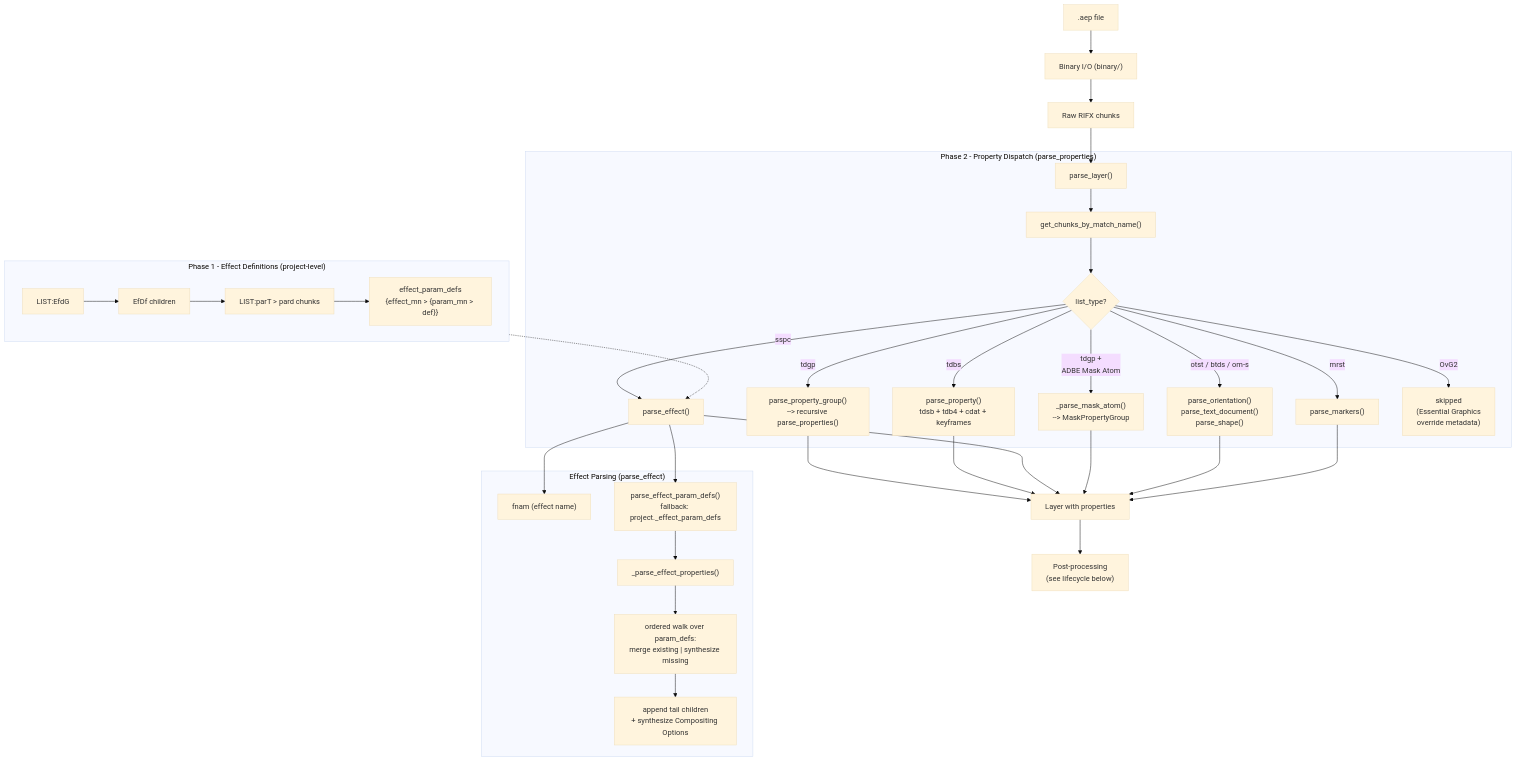
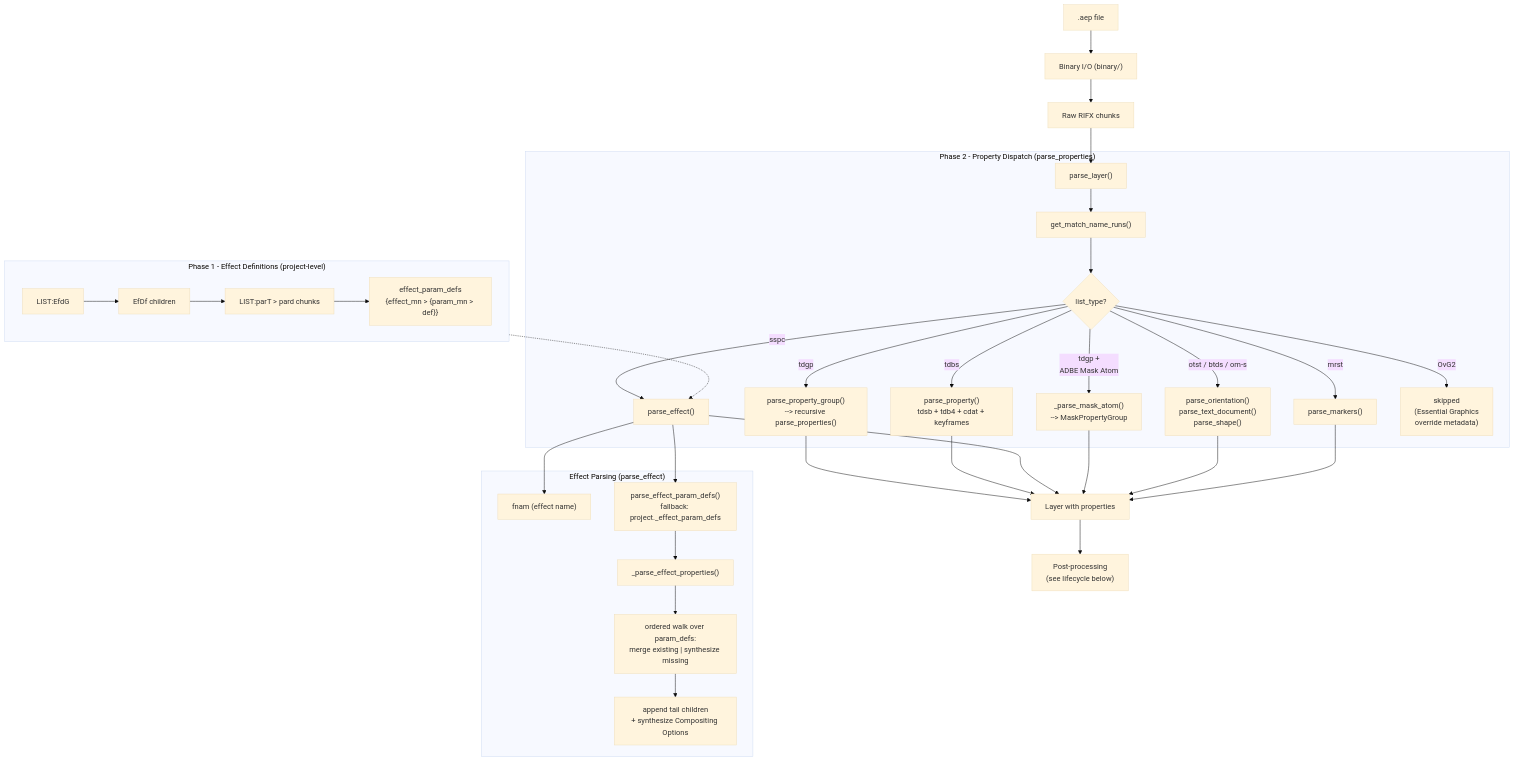
One commit to forticheprod/py-aep changed the first of 2 diagrams in CONTRIBUTING.md. Above: the diagram before and after it, drawn with Mermaid (base theme). The commit also changed other lines of this file and 207 other files, not shown here.

````diff
--- a/CONTRIBUTING.md
+++ b/CONTRIBUTING.md
@@ -92,41 +92,41 @@
 ```mermaid
 flowchart TD
     AEP[".aep file"] --> Binary["Binary I/O (binary/)"]
     Binary --> Chunks["Raw RIFX chunks"]
     Chunks --> PL["parse_layer()"]
 
     subgraph Phase1["Phase 1 - Effect Definitions (project-level)"]
         EfdG["LIST:EfdG"] --> EfDf["EfDf children"]
         EfDf --> parT["LIST:parT > pard chunks"]
         parT --> ParamDefs["effect_param_defs\n{effect_mn > {param_mn > def}}"]
     end
 
     subgraph Phase2["Phase 2 - Property Dispatch (parse_properties)"]
-        PL --> CMN["get_chunks_by_match_name()"]
-        CMN --> dispatch{"list_type?"}
+        PL --> MNR["get_match_name_runs()"]
+        MNR --> dispatch{"list_type?"}
         dispatch -->|"tdgp"| PG["parse_property_group()\n--> recursive parse_properties()"]
         dispatch -->|"tdbs"| PP["parse_property()\ntdsb + tdb4 + cdat + keyframes"]
         dispatch -->|"sspc"| PE["parse_effect()"]
         dispatch -->|"tdgp +\nADBE Mask Atom"| PM["_parse_mask_atom()\n--> MaskPropertyGroup"]
         dispatch -->|"otst / btds / om-s"| PS["parse_orientation()\nparse_text_document()\nparse_shape()"]
         dispatch -->|"mrst"| MK["parse_markers()"]
         dispatch -->|"OvG2"| SK["skipped\n(Essential Graphics\noverride metadata)"]
     end
 
     subgraph Phase2A["Effect Parsing (parse_effect)"]
         PE --> FN["fnam (effect name)"]
         PE --> PD["parse_effect_param_defs()\nfallback: project._effect_param_defs"]
         PD --> EPP["_parse_effect_properties()"]
         EPP --> Walk["ordered walk over param_defs:\nmerge existing | synthesize missing"]
         Walk --> Tail["append tail children\n+ synthesize Compositing Options"]
     end
 
     PG --> Result["Layer with properties"]
     PP --> Result
     PE --> Result
     PM --> Result
     PS --> Result
     MK --> Result
     Result --> PostProc["Post-processing\n(see lifecycle below)"]
     Phase1 -.-> PE
 ```
````
